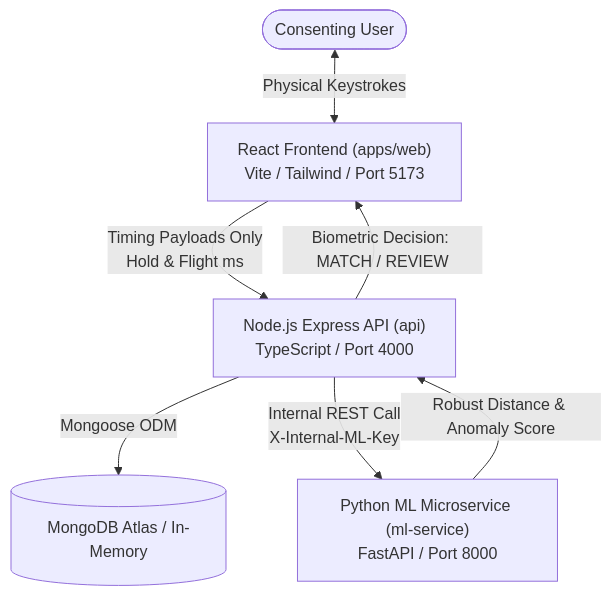
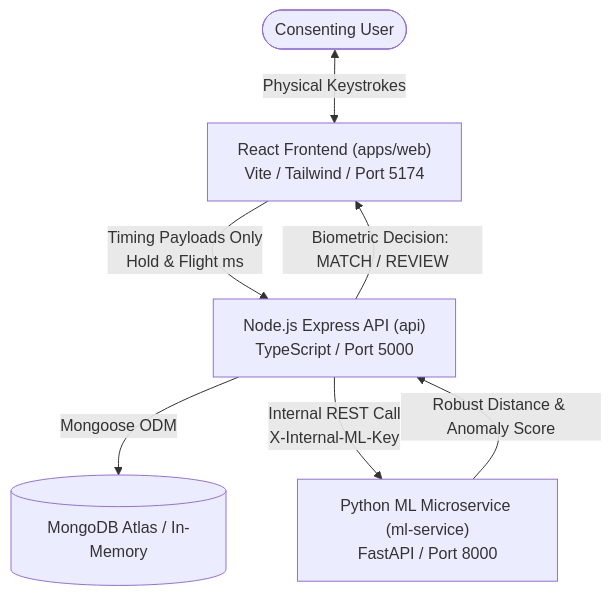
The diagram in keytrace/README.md (CharanSaiKothapalli/Collage-MiniProject), drawn with Mermaid before and after one commit. The commit also changed other lines of this file and 2 other files, not shown here.

````diff
--- a/keytrace/README.md
+++ b/keytrace/README.md
@@ -44,9 +44,9 @@
 ```mermaid
 graph TD
-    User([Consenting User]) <-->|Physical Keystrokes| WebApp["React Frontend (apps/web)<br/>Vite / Tailwind / Port 5173"]
-    WebApp -->|Timing Payloads Only<br/>Hold & Flight ms| API["Node.js Express API (api)<br/>TypeScript / Port 4000"]
+    User([Consenting User]) <-->|Physical Keystrokes| WebApp["React Frontend (apps/web)<br/>Vite / Tailwind / Port 5174"]
+    WebApp -->|Timing Payloads Only<br/>Hold & Flight ms| API["Node.js Express API (api)<br/>TypeScript / Port 5000"]
     API -->|Mongoose ODM| DB[(MongoDB Atlas / In-Memory)]
     API -->|Internal REST Call<br/>X-Internal-ML-Key| ML["Python ML Microservice (ml-service)<br/>FastAPI / Port 8000"]
     ML -->|Robust Distance & Anomaly Score| API
     API -->|Biometric Decision: MATCH / REVIEW| WebApp
 ```
````
